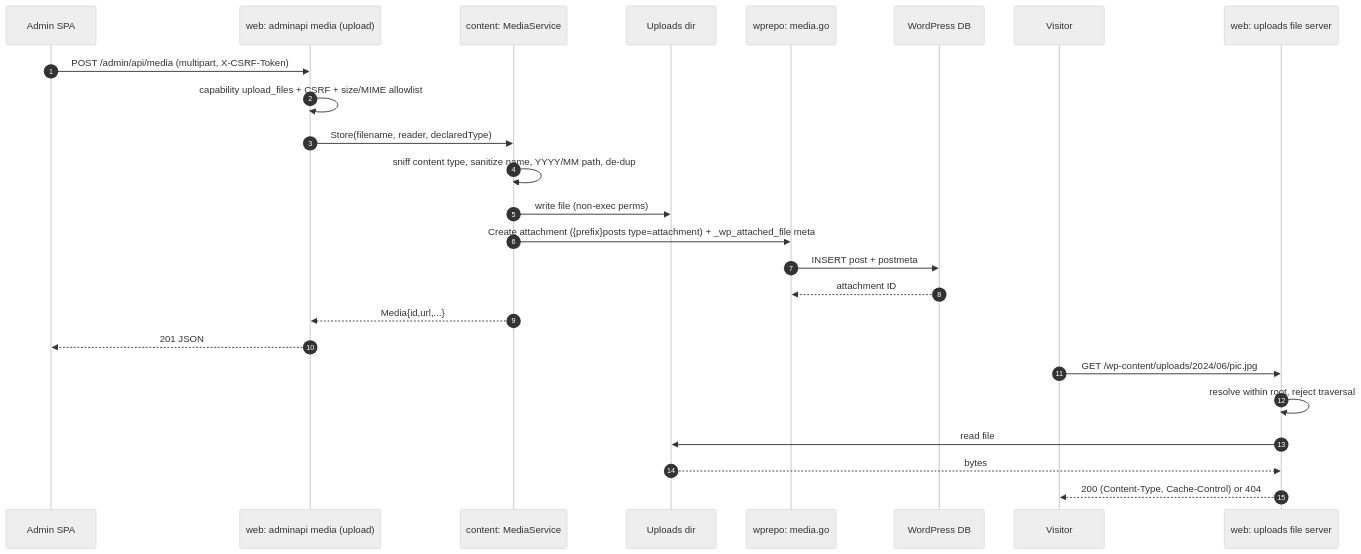
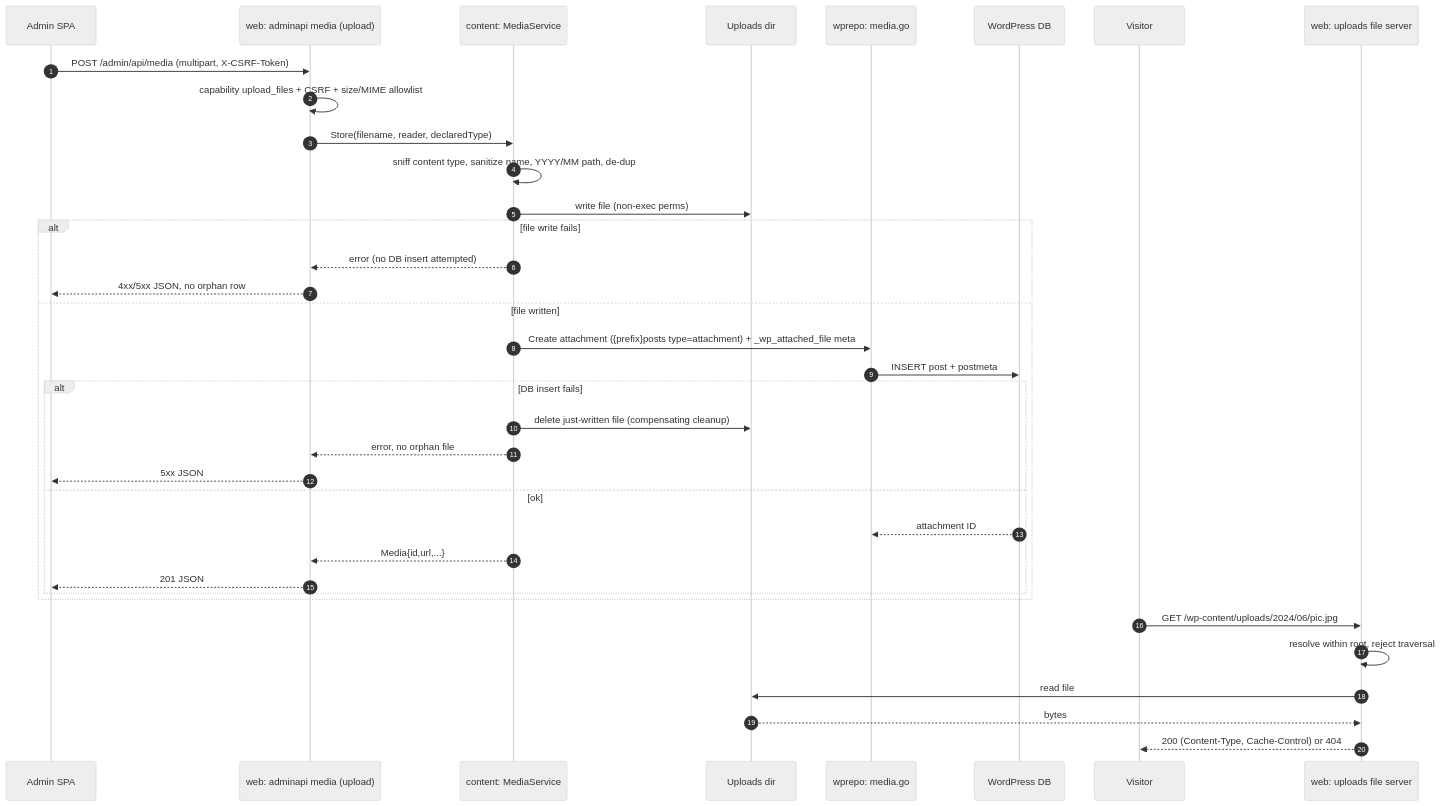
Before and after one commit to roboweaver/grimoire: the fifth of 6 diagrams in plans/04-comments-media-menus/design.md, drawn with Mermaid (neutral theme). The commit also changed other lines of this file and 3 other files, not shown here.

First line of the commit message:
M4 spec: resolve review findings (schema, menus, moderation, upload)

````diff
--- a/plans/04-comments-media-menus/design.md
+++ b/plans/04-comments-media-menus/design.md
@@ -187,29 +210,40 @@
 ```mermaid
 sequenceDiagram
   autonumber
   participant SPA as Admin SPA
   participant H as web: adminapi media (upload)
   participant MS as content: MediaService
   participant FS as Uploads dir
   participant R as wprepo: media.go
   participant DB as WordPress DB
   participant V as Visitor
   participant U as web: uploads file server
 
   SPA->>H: POST /admin/api/media (multipart, X-CSRF-Token)
   H->>H: capability upload_files + CSRF + size/MIME allowlist
   H->>MS: Store(filename, reader, declaredType)
   MS->>MS: sniff content type, sanitize name, YYYY/MM path, de-dup
   MS->>FS: write file (non-exec perms)
-  MS->>R: Create attachment ({prefix}posts type=attachment) + _wp_attached_file meta
-  R->>DB: INSERT post + postmeta
-  DB-->>R: attachment ID
-  MS-->>H: Media{id,url,...}
-  H-->>SPA: 201 JSON
+  alt file write fails
+    MS-->>H: error (no DB insert attempted)
+    H-->>SPA: 4xx/5xx JSON, no orphan row
+  else file written
+    MS->>R: Create attachment ({prefix}posts type=attachment) + _wp_attached_file meta
+    R->>DB: INSERT post + postmeta
+    alt DB insert fails
+      MS->>FS: delete just-written file (compensating cleanup)
+      MS-->>H: error, no orphan file
+      H-->>SPA: 5xx JSON
+    else ok
+      DB-->>R: attachment ID
+      MS-->>H: Media{id,url,...}
+      H-->>SPA: 201 JSON
+    end
+  end
 
   V->>U: GET /wp-content/uploads/2024/06/pic.jpg
   U->>U: resolve within root, reject traversal
   U->>FS: read file
   FS-->>U: bytes
   U-->>V: 200 (Content-Type, Cache-Control) or 404
 ```
````
